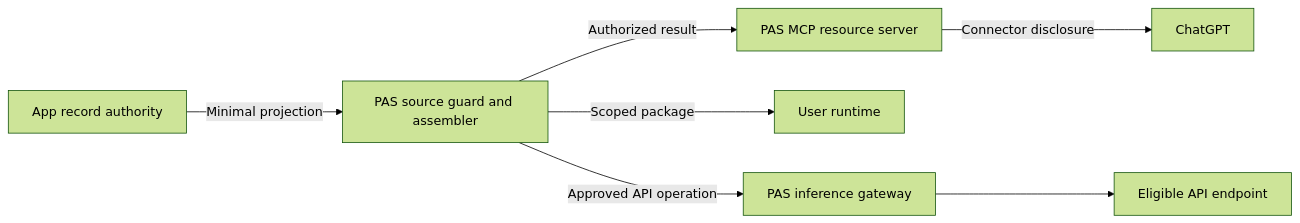
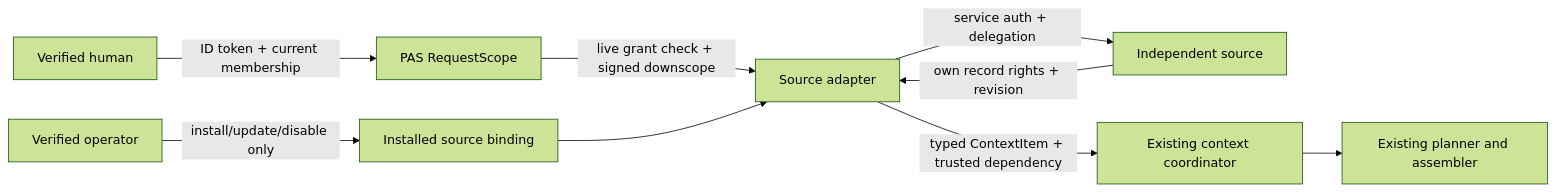
One commit to jasonkli21/personal-ai-system changed the first of 2 diagrams in docs/context-inference-integration/architecture.md. Above: the diagram before and after it, drawn with Mermaid (forest theme). The commit also changed other lines of this file and 5 other files, not shown here.

````diff
--- a/docs/context-inference-integration/architecture.md
+++ b/docs/context-inference-integration/architecture.md
@@ -5,9 +18,11 @@
 ```mermaid
 flowchart LR
-    App[App record authority] -->|Minimal projection| Core[PAS source guard and assembler]
-    Core -->|Authorized result| MCP[PAS MCP resource server]
-    MCP -->|Connector disclosure| GPT[ChatGPT]
-    Core -->|Scoped package| Host[User runtime]
-    Core -->|Approved API operation| Gateway[PAS inference gateway]
-    Gateway --> API[Eligible API endpoint]
+  H[Verified human] -->|ID token + current membership| P[PAS RequestScope]
+  O[Verified operator] -->|install/update/disable only| I[Installed source binding]
+  P -->|live grant check + signed downscope| A[Source adapter]
+  I --> A
+  A -->|service auth + delegation| S[Independent source]
+  S -->|own record rights + revision| A
+  A -->|typed ContextItem + trusted dependency| C[Existing context coordinator]
+  C --> L[Existing planner and assembler]
 ```
````
